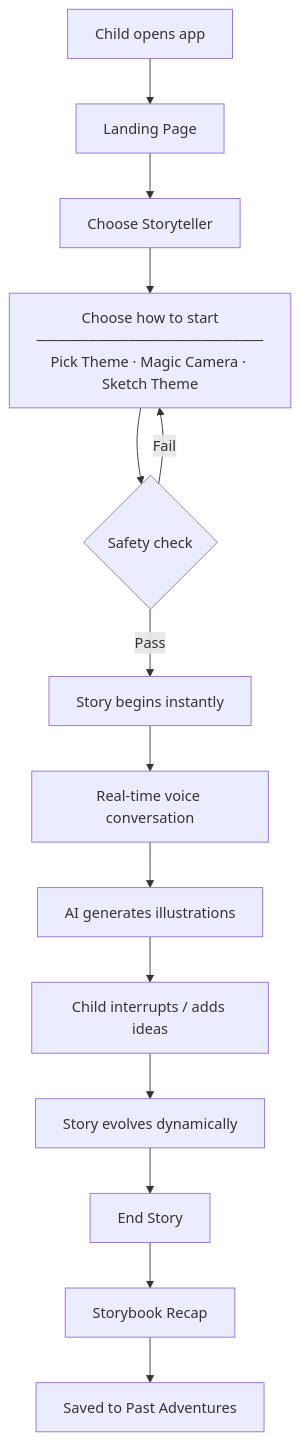
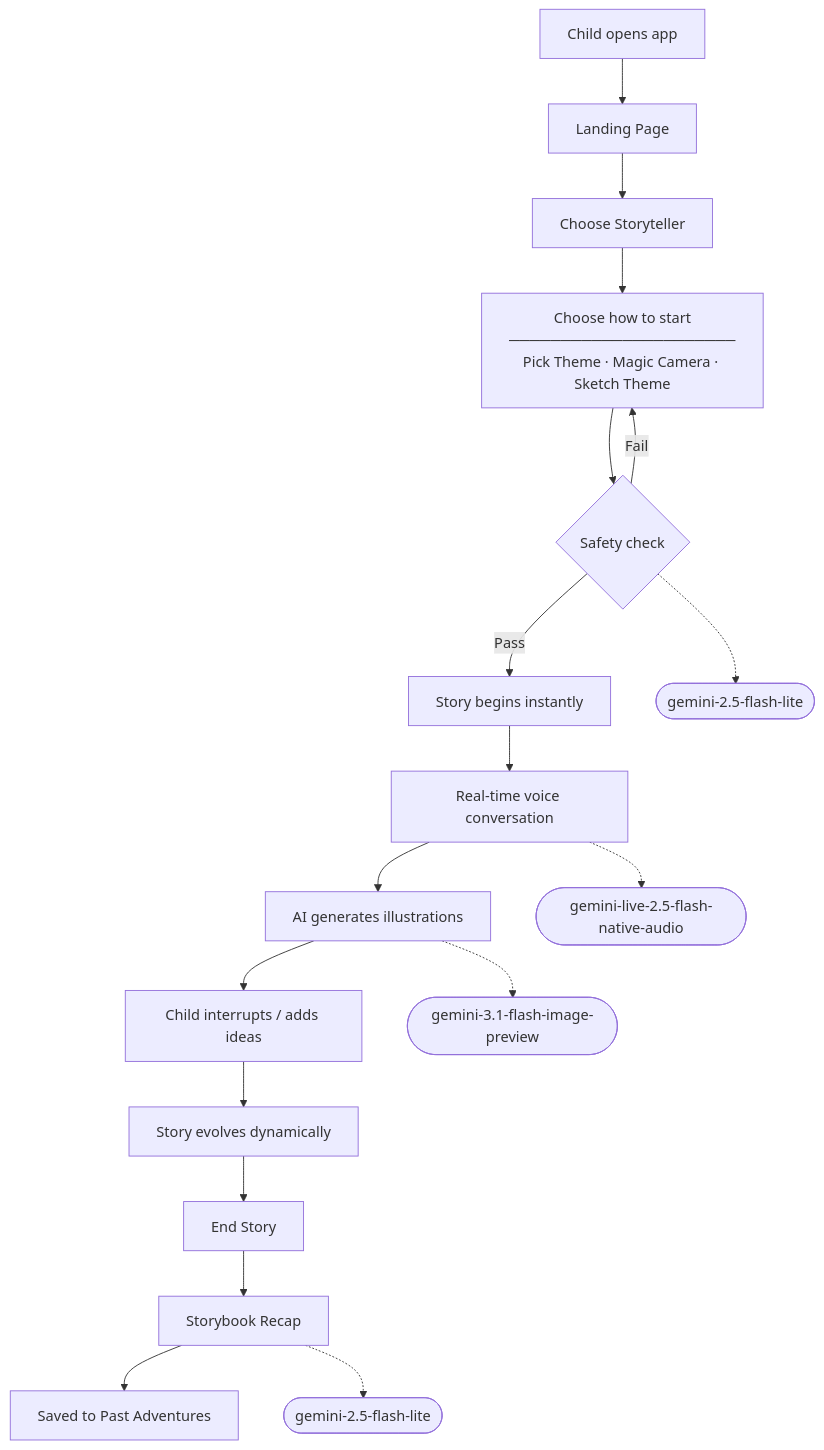
Before and after one commit to padmanabhan-r/TaleWeaver: the diagram in README.md, drawn with Mermaid.

Commit message:
docs: annotate flowchart with model names per step

````diff
--- a/README.md
+++ b/README.md
@@ -188,16 +188,21 @@
 ```mermaid
 flowchart TD
     A[Child opens app] --> B[Landing Page]
     B --> C[Choose Storyteller]
     C --> D["Choose how to start<br/>──────────────────────<br/>Pick Theme · Magic Camera · Sketch Theme"]
     D --> SC{Safety check}
     SC -->|Pass| H[Story begins instantly]
     SC -->|Fail| D
     H --> I[Real-time voice conversation]
     I --> J[AI generates illustrations]
     J --> K[Child interrupts / adds ideas]
     K --> L[Story evolves dynamically]
     L --> M[End Story]
     M --> N[Storybook Recap]
     N --> O[Saved to Past Adventures]
+
+    SC -.-> m1([gemini-2.5-flash-lite])
+    I  -.-> m2([gemini-live-2.5-flash-native-audio])
+    J  -.-> m3([gemini-3.1-flash-image-preview])
+    N  -.-> m4([gemini-2.5-flash-lite])
 ```
````
